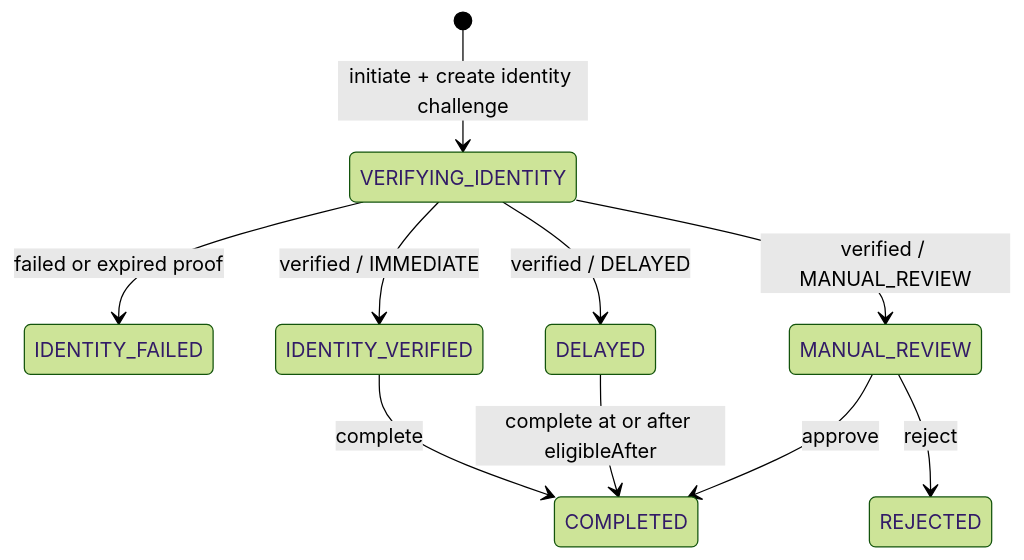
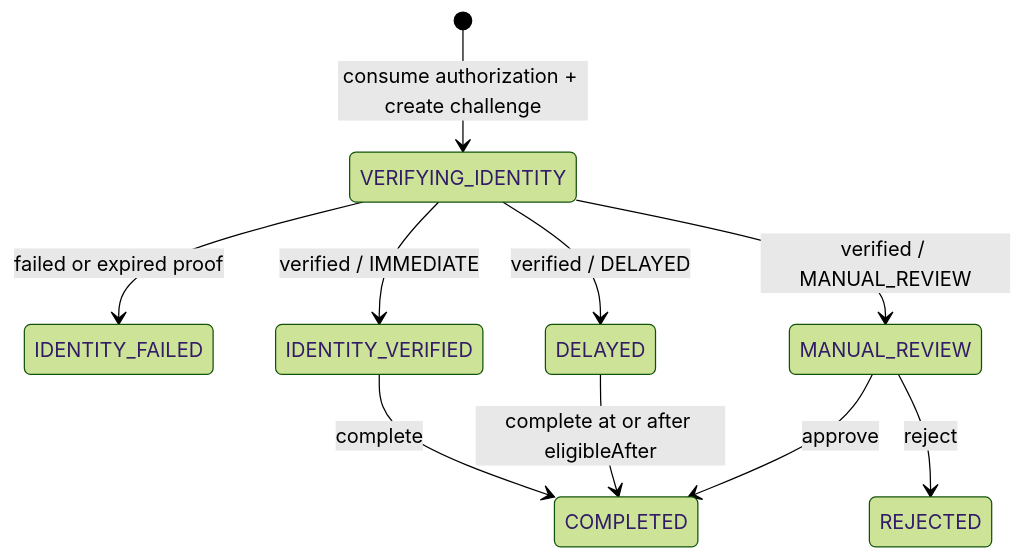
One commit to vinicius-ssantos/accountshield-orchestrator changed the second of 2 diagrams in docs/architecture/recovery.md. Above: the diagram before and after it, drawn with Mermaid (forest theme). The commit also changed other lines of this file and 20 other files, not shown here.

````diff
--- a/docs/architecture/recovery.md
+++ b/docs/architecture/recovery.md
@@ -11,12 +48,12 @@
 ```mermaid
 stateDiagram-v2
-    [*] --> VERIFYING_IDENTITY: initiate + create identity challenge
+    [*] --> VERIFYING_IDENTITY: consume authorization + create challenge
     VERIFYING_IDENTITY --> IDENTITY_FAILED: failed or expired proof
     VERIFYING_IDENTITY --> IDENTITY_VERIFIED: verified / IMMEDIATE
     VERIFYING_IDENTITY --> DELAYED: verified / DELAYED
     VERIFYING_IDENTITY --> MANUAL_REVIEW: verified / MANUAL_REVIEW
     IDENTITY_VERIFIED --> COMPLETED: complete
     DELAYED --> COMPLETED: complete at or after eligibleAfter
     MANUAL_REVIEW --> COMPLETED: approve
     MANUAL_REVIEW --> REJECTED: reject
 ```
````
